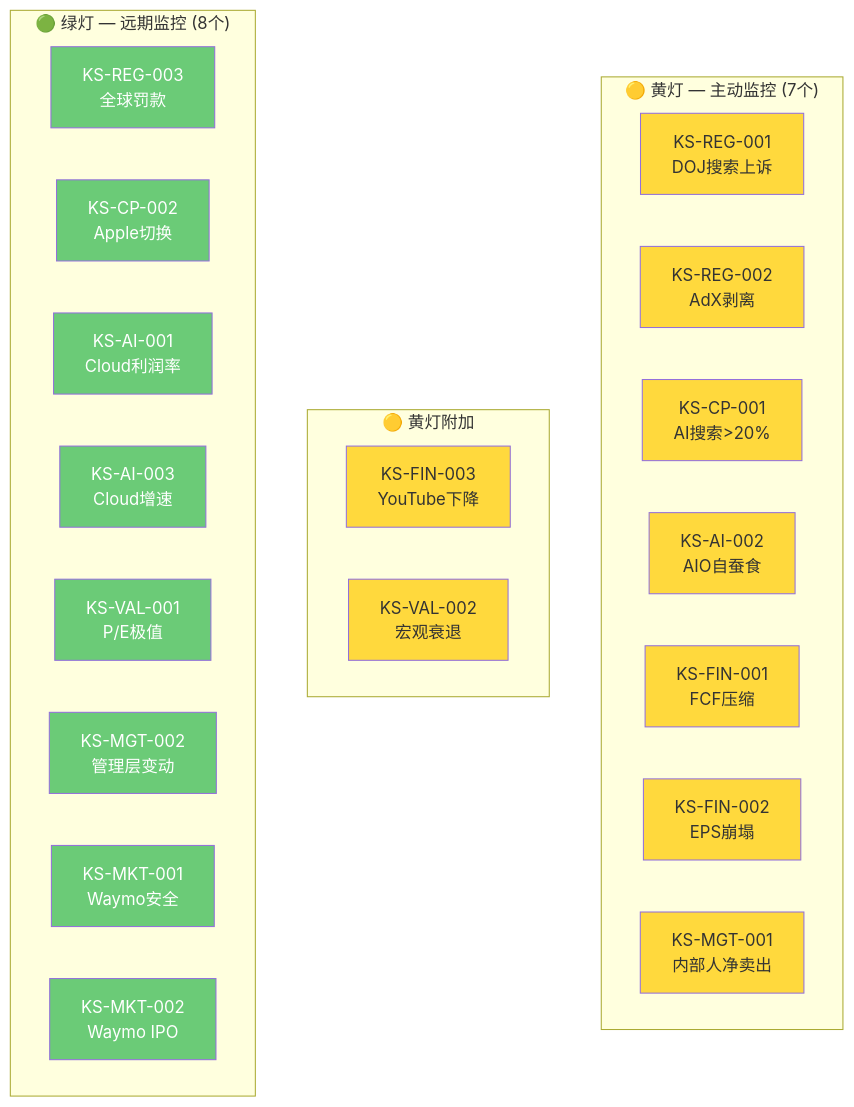
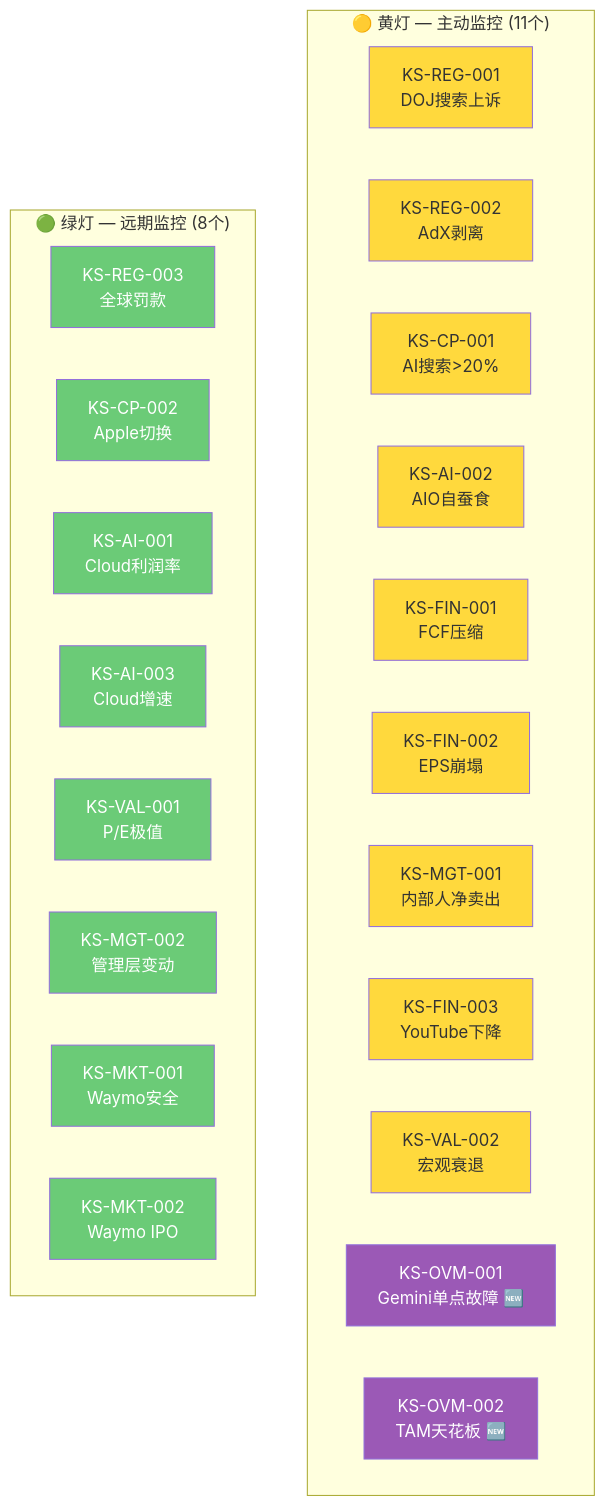
Before and after one commit to miltonnewyork25-afk/investment-master: the first of 2 diagrams in reports/GOOGL_v2/staging/Ch25_ks_vp_registry.md, drawn with Mermaid. The commit also changed other lines of this file and 4 other files, not shown here.

````diff
--- a/reports/GOOGL_v2/staging/Ch25_ks_vp_registry.md
+++ b/reports/GOOGL_v2/staging/Ch25_ks_vp_registry.md
@@ -308,46 +343,47 @@
 ```mermaid
 graph TD
-    subgraph "🟡 黄灯 — 主动监控 (7个)"
+    subgraph "🟡 黄灯 — 主动监控 (11个)"
         Y1["KS-REG-001<br/>DOJ搜索上诉"]
         Y2["KS-REG-002<br/>AdX剥离"]
         Y3["KS-CP-001<br/>AI搜索>20%"]
         Y4["KS-AI-002<br/>AIO自蚕食"]
         Y5["KS-FIN-001<br/>FCF压缩"]
         Y6["KS-FIN-002<br/>EPS崩塌"]
         Y7["KS-MGT-001<br/>内部人净卖出"]
-    end
-
-    subgraph "🟡 黄灯附加"
         Y8["KS-FIN-003<br/>YouTube下降"]
         Y9["KS-VAL-002<br/>宏观衰退"]
+        Y10["KS-OVM-001<br/>Gemini单点故障 🆕"]
+        Y11["KS-OVM-002<br/>TAM天花板 🆕"]
     end
 
     subgraph "🟢 绿灯 — 远期监控 (8个)"
         G1["KS-REG-003<br/>全球罚款"]
         G2["KS-CP-002<br/>Apple切换"]
         G3["KS-AI-001<br/>Cloud利润率"]
         G4["KS-AI-003<br/>Cloud增速"]
         G5["KS-VAL-001<br/>P/E极值"]
         G6["KS-MGT-002<br/>管理层变动"]
         G7["KS-MKT-001<br/>Waymo安全"]
         G8["KS-MKT-002<br/>Waymo IPO"]
     end
 
     style Y1 fill:#ffd93d,color:#333
     style Y2 fill:#ffd93d,color:#333
     style Y3 fill:#ffd93d,color:#333
     style Y4 fill:#ffd93d,color:#333
     style Y5 fill:#ffd93d,color:#333
     style Y6 fill:#ffd93d,color:#333
     style Y7 fill:#ffd93d,color:#333
     style Y8 fill:#ffd93d,color:#333
     style Y9 fill:#ffd93d,color:#333
+    style Y10 fill:#9b59b6,color:#fff
+    style Y11 fill:#9b59b6,color:#fff
     style G1 fill:#6bcb77,color:#fff
     style G2 fill:#6bcb77,color:#fff
     style G3 fill:#6bcb77,color:#fff
     style G4 fill:#6bcb77,color:#fff
     style G5 fill:#6bcb77,color:#fff
     style G6 fill:#6bcb77,color:#fff
     style G7 fill:#6bcb77,color:#fff
     style G8 fill:#6bcb77,color:#fff
 ```
````
